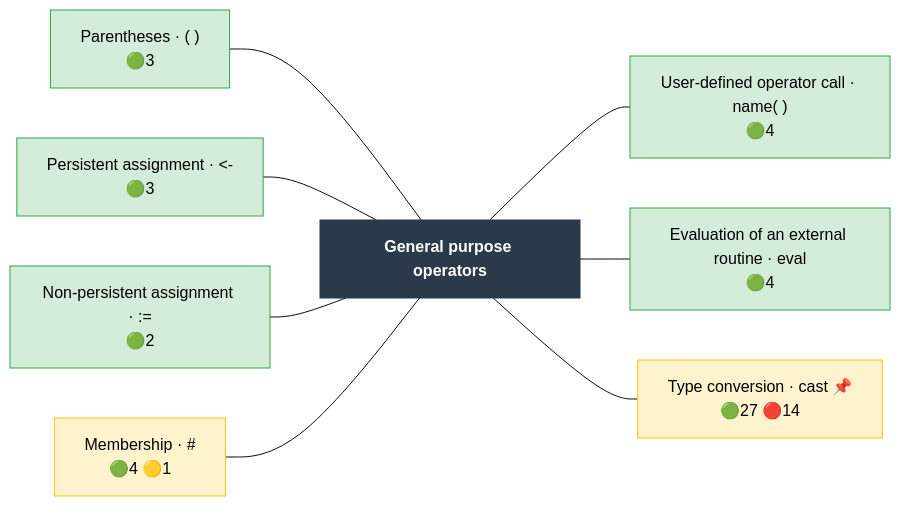
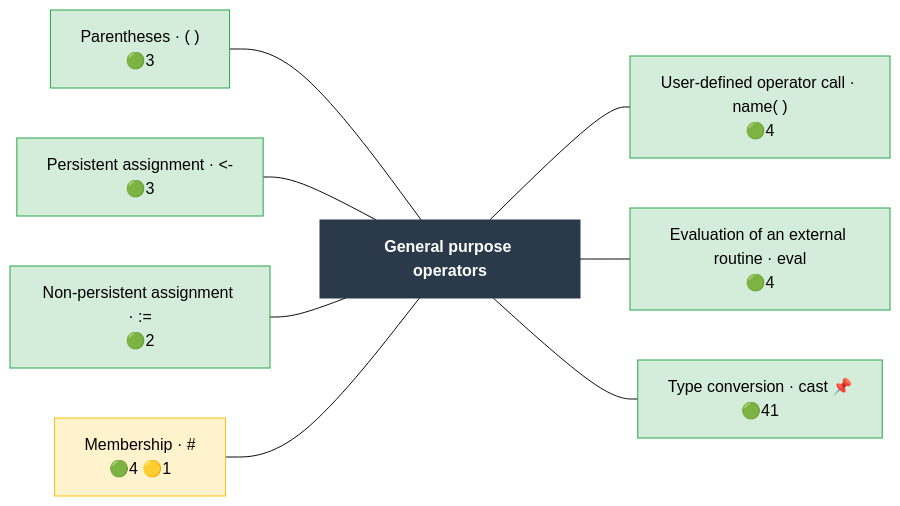
The diagram in docs/operator_map/general/index.rst (Meaningful-Data/vtlengine), drawn with Mermaid (base theme) before and after one commit. The commit also changed other lines of this file and 100 other files, not shown here.

```diff
--- a/docs/operator_map/general/index.rst
+++ b/docs/operator_map/general/index.rst
@@ -24,33 +24,33 @@
 .. mermaid::
    :config: {"flowchart": {"useMaxWidth": false}}
 
    flowchart LR
        classDef ok fill:#d4edda,stroke:#28a745,color:#000
        classDef partial fill:#fff3cd,stroke:#ffc107,color:#000
        classDef refused fill:#d4edda,stroke:#28a745,stroke-width:3px,stroke-dasharray: 2 2,color:#000
        classDef missing fill:#f8d7da,stroke:#dc3545,color:#000
        classDef diverge fill:#cce5ff,stroke:#007bff,color:#000
        classDef block fill:#2b3a4a,stroke:#2b3a4a,color:#fff,font-weight:bold
        classDef ext fill:#fff,stroke:#666,color:#000,stroke-dasharray: 5 5
        B["General purpose operators"]:::block
        general__parentheses["Parentheses · ( )<br/>🟢3"]:::ok
        general__persistent_assignment["Persistent assignment · #60;-<br/>🟢3"]:::ok
        general__non_persistent_assignment["Non-persistent assignment · #58;#61;<br/>🟢2"]:::ok
        general__membership["Membership · #35;<br/>🟢4 🟡1"]:::partial
        general__udo_call["User-defined operator call · name( )<br/>🟢4"]:::ok
        general__eval["Evaluation of an external routine · eval<br/>🟢4"]:::ok
-       general__cast["Type conversion · cast 📌<br/>🟢27 🔴14"]:::partial
+       general__cast["Type conversion · cast 📌<br/>🟢41"]:::ok
        general__parentheses --- B
        general__persistent_assignment --- B
        general__non_persistent_assignment --- B
        general__membership --- B
        B --- general__udo_call
        B --- general__eval
        B --- general__cast
        click general__parentheses href "parentheses.html"
        click general__persistent_assignment href "persistent_assignment.html"
        click general__non_persistent_assignment href "non_persistent_assignment.html"
        click general__membership href "membership.html"
        click general__udo_call href "udo_call.html"
        click general__eval href "eval.html"
        click general__cast href "cast.html"
```
